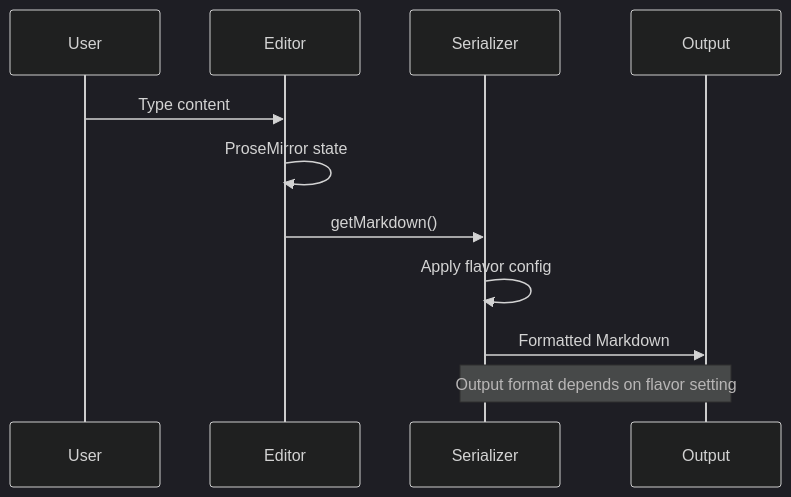
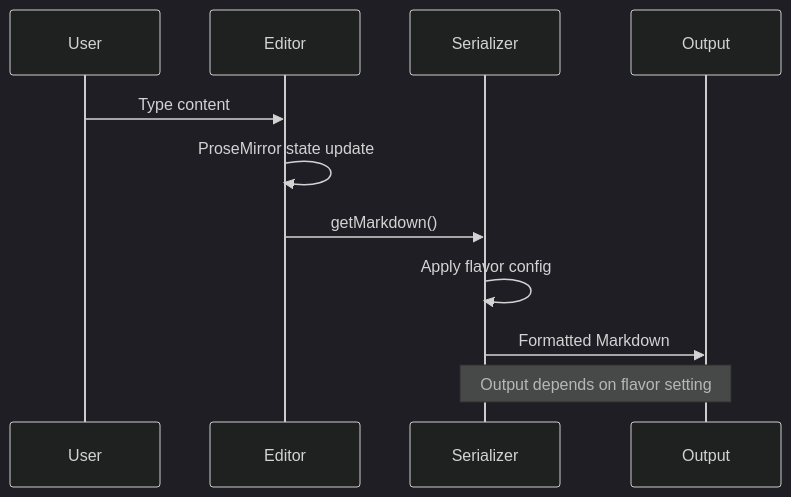
One commit to seijikohara/vizel changed the second of 3 diagrams in apps/demo/shared/content-docusaurus.md. Above: the diagram before and after it, drawn with Mermaid (dark theme). The commit also changed other lines of this file and 12 other files, not shown here.

````diff
--- a/apps/demo/shared/content-docusaurus.md
+++ b/apps/demo/shared/content-docusaurus.md
@@ -237,14 +315,14 @@
 ```mermaid
 sequenceDiagram
     participant U as User
     participant E as Editor
     participant S as Serializer
     participant O as Output
 
     U->>E: Type content
-    E->>E: ProseMirror state
+    E->>E: ProseMirror state update
     E->>S: getMarkdown()
     S->>S: Apply flavor config
     S->>O: Formatted Markdown
-    Note over S,O: Output format depends on flavor setting
+    Note over S,O: Output depends on flavor setting
 ```
````
